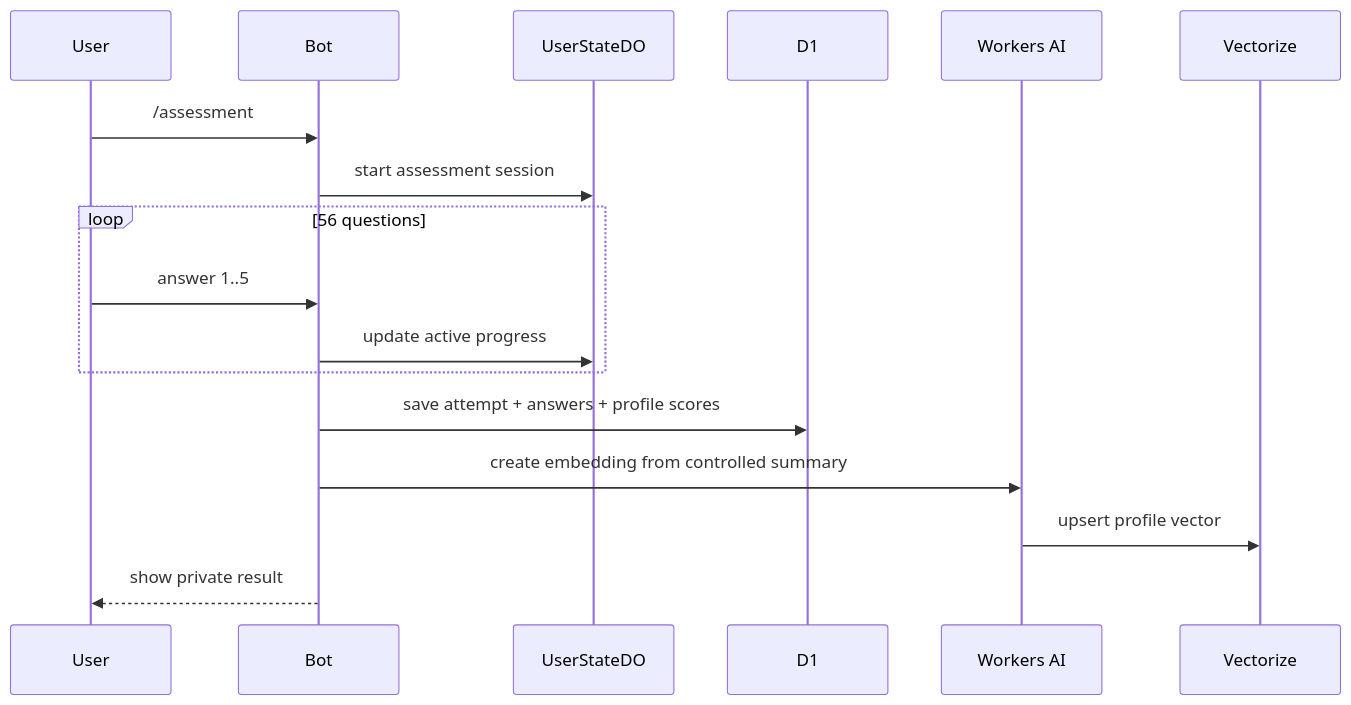
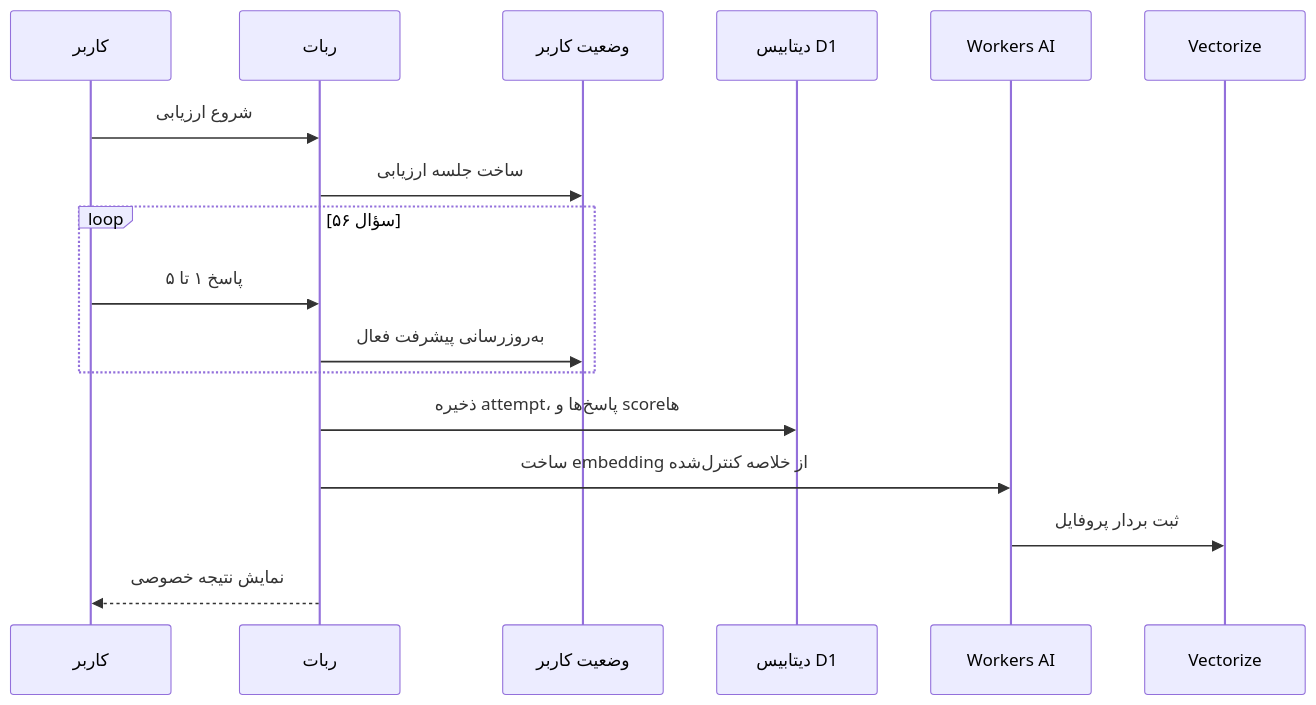
Before and after one commit to mohetios/mohetios.dev: the sixth of 8 diagrams in content/fa/lab/anonymous-messaging-on-the-edge.md, drawn with Mermaid. The commit also changed other lines of this file and 1 other file, not shown here.

````diff
--- a/content/fa/lab/anonymous-messaging-on-the-edge.md
+++ b/content/fa/lab/anonymous-messaging-on-the-edge.md
@@ -507,20 +507,20 @@
 ```mermaid
 sequenceDiagram
-  participant U as User
-  participant B as Bot
-  participant DO as UserStateDO
-  participant D1 as D1
+  participant U as کاربر
+  participant B as ربات
+  participant DO as وضعیت کاربر
+  participant D1 as دیتابیس D1
   participant AI as Workers AI
   participant V as Vectorize
 
-  U->>B: /assessment
-  B->>DO: start assessment session
-  loop 56 questions
-    U->>B: answer 1..5
-    B->>DO: update active progress
+  U->>B: شروع ارزیابی
+  B->>DO: ساخت جلسه ارزیابی
+  loop ۵۶ سؤال
+    U->>B: پاسخ ۱ تا ۵
+    B->>DO: به‌روزرسانی پیشرفت فعال
   end
-  B->>D1: save attempt + answers + profile scores
-  B->>AI: create embedding from controlled summary
-  AI->>V: upsert profile vector
-  B-->>U: show private result
+  B->>D1: ذخیره attempt، پاسخ‌ها و scoreها
+  B->>AI: ساخت embedding از خلاصه کنترل‌شده
+  AI->>V: ثبت بردار پروفایل
+  B-->>U: نمایش نتیجه خصوصی
 ```
````
